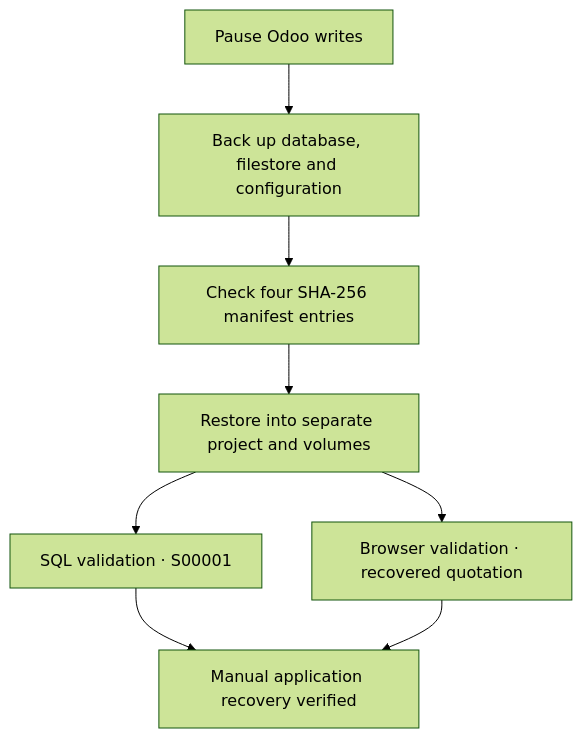
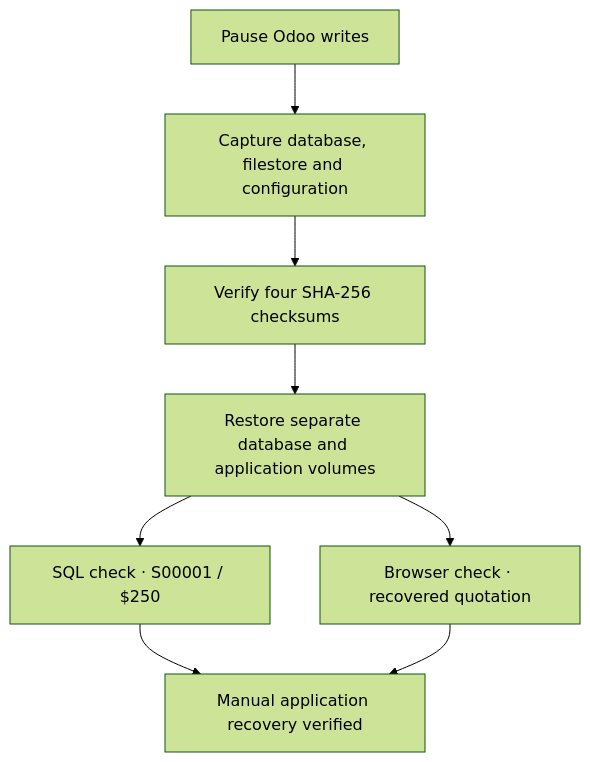
Before and after one commit to Daakpo/Odoo-Backup-Recovery-Lab: the second of 2 diagrams in README.md, drawn with Mermaid (forest theme). The commit also changed other lines of this file and 142 other files, not shown here.

````diff
--- a/README.md
+++ b/README.md
@@ -55,10 +59,10 @@
 ```mermaid
 flowchart TD
-  pause["Pause Odoo writes"] --> capture["Back up database, filestore and configuration"]
-  capture --> integrity["Check four SHA-256 manifest entries"]
-  integrity --> restore["Restore into separate project and volumes"]
-  restore --> sql["SQL validation · S00001"]
-  restore --> browser["Browser validation · recovered quotation"]
-  sql --> verified["Manual application recovery verified"]
-  browser --> verified
+  pause["Pause Odoo writes"] --> capture["Capture database, filestore and configuration"]
+  capture --> hashes["Verify four SHA-256 checksums"]
+  hashes --> restore["Restore separate database and application volumes"]
+  restore --> sql["SQL check · S00001 / $250"]
+  restore --> ui["Browser check · recovered quotation"]
+  sql --> result["Manual application recovery verified"]
+  ui --> result
 ```
````
